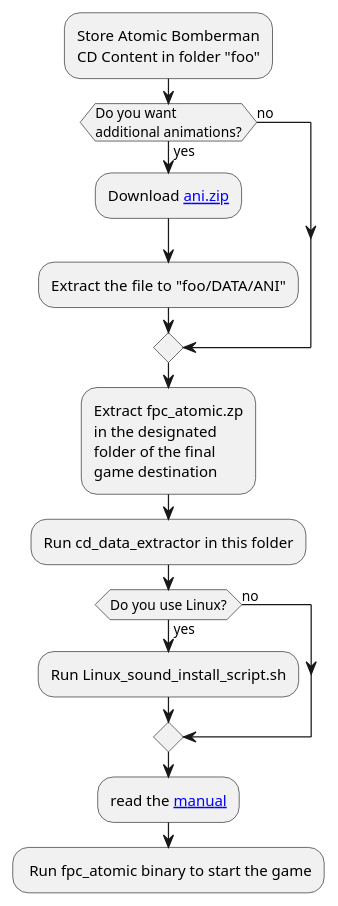
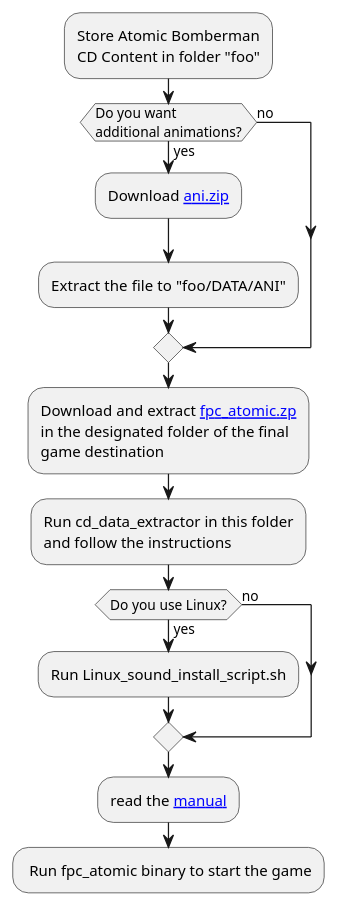
One commit to PascalCorpsman/fpc_atomic changed the diagram in documentation/installation.plantuml. Above: the diagram before and after it, drawn with PlantUML.

Commit message:
ADD: Update instructions

```diff
--- a/documentation/installation.plantuml
+++ b/documentation/installation.plantuml
@@ -3,23 +3,23 @@
 @startuml
 
 :Store Atomic Bomberman 
 CD Content in folder "foo";
 if (Do you want 
 additional animations?) then (yes)
 :Download [[https://www.oocities.org/timessquare/tower/4056/download/ani.zip ani.zip]];
 :Extract the file to "foo/DATA/ANI";
 else (no)
 endif
-:Extract fpc_atomic.zp 
-in the designated 
-folder of the final
+:Download and extract [[https://github.com/PascalCorpsman/fpc_atomic/tree/main/bin fpc_atomic.zp]] 
+in the designated folder of the final
 game destination;
-:Run cd_data_extractor in this folder;
+:Run cd_data_extractor in this folder
+and follow the instructions;
 if (Do you use Linux?) then (yes)
 :Run Linux_sound_install_script.sh;
 else (no)
 endif
 :read the [[https://github.com/PascalCorpsman/fpc_atomic/blob/main/MANUAL.md manual]];
 : Run fpc_atomic binary to start the game;
 
 @enduml
```
